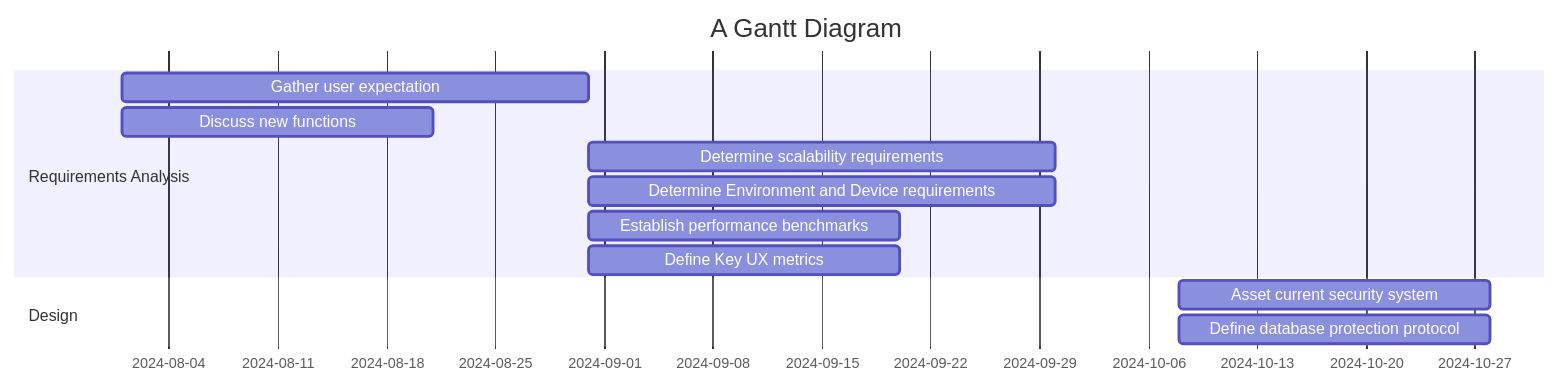
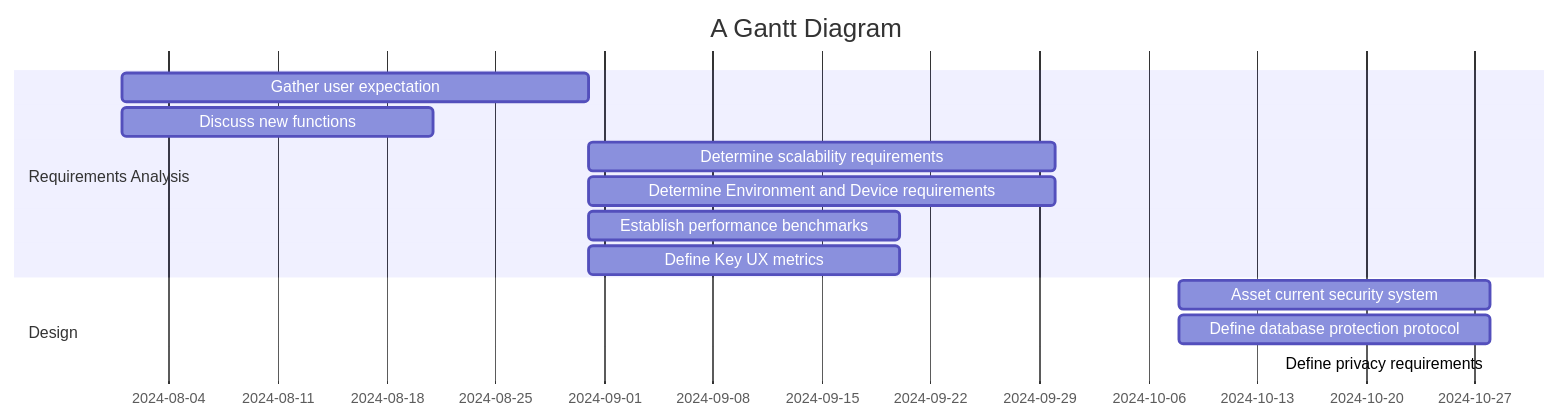
One commit to sayshelley/iodraw-files changed the diagram in all/Untitled-2.md. Above: the diagram before and after it, drawn with Mermaid.

Commit message:
2024-10-05 00:21:14 update

````diff
--- a/all/Untitled-2.md
+++ b/all/Untitled-2.md
@@ -1,26 +1,26 @@
 ```mermaid
 gantt
     title A Gantt Diagram
     dateFormat  YYYY-MM-DD
     section Requirements Analysis
         Gather user expectation: a4, 2024-08-01, 30d
         Discuss new functions: a6, 2024-08-01, 20d
         Determine scalability requirements: a1, after a4, 30d
         Determine Environment and Device requirements: a2, after a4, 30d
         Establish performance benchmarks: a3, after a4, 20d
         Define Key UX metrics: a5, after a4, 20d
         
     section Design
         Asset current security system: b1, 2024-10-08, 20d
         Define database protection protocol: b2, 2024-10-08, 20d
-        
+        Define privacy requirements: 
 
 
     section Develop
 
 
     
 
 
    
 ```
````
